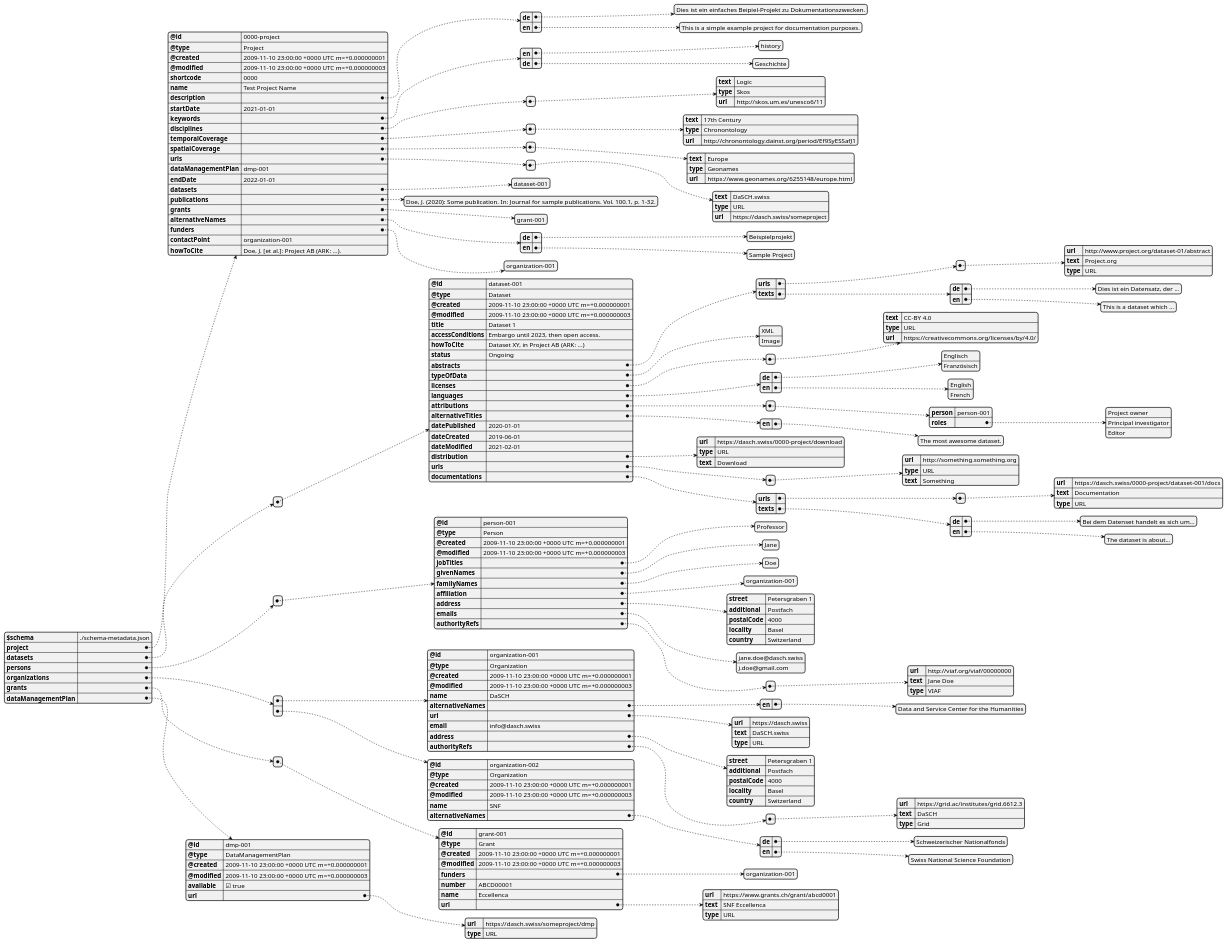
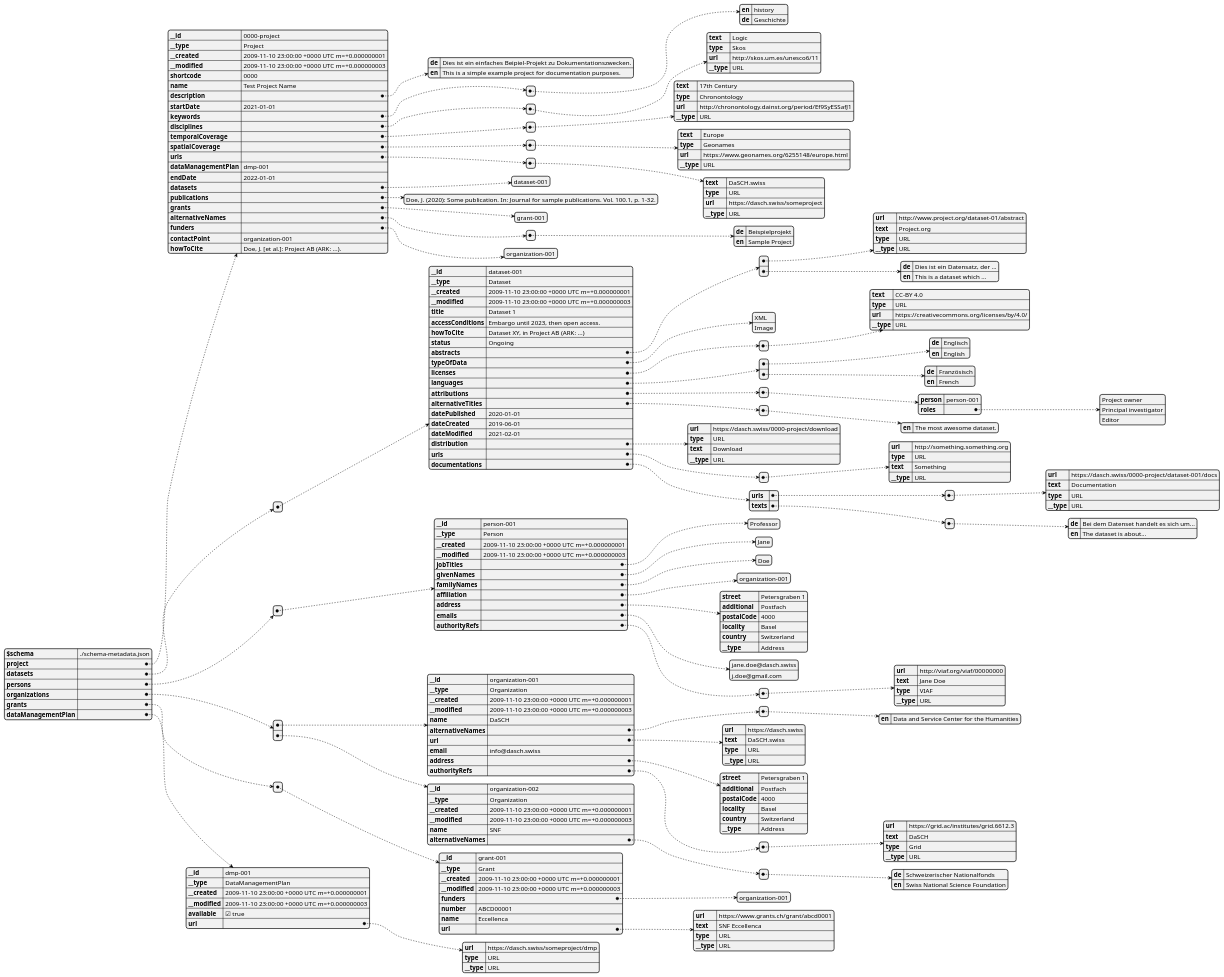
One commit to dasch-swiss/dsp-meta-svc changed the diagram in docs/services/metadata/api-example.puml. Above: the diagram before and after it, drawn with PlantUML. The commit also changed 4 other files, not shown here.

Commit message:
docs: update json schema and example file

```diff
--- a/docs/services/metadata/api-example.puml
+++ b/docs/services/metadata/api-example.puml
@@ -3,51 +3,53 @@
 {
   "$schema": "./schema-metadata.json",
   "project": {
-    "@id": "0000-project",
-    "@type": "Project",
-    "@created": "2009-11-10 23:00:00 +0000 UTC m=+0.000000001",
-    "@modified": "2009-11-10 23:00:00 +0000 UTC m=+0.000000003",
+    "__id": "0000-project",
+    "__type": "Project",
+    "__created": "2009-11-10 23:00:00 +0000 UTC m=+0.000000001",
+    "__modified": "2009-11-10 23:00:00 +0000 UTC m=+0.000000003",
     "shortcode": "0000",
     "name": "Test Project Name",
     "description": {
-      "de": ["Dies ist ein einfaches Beipiel-Projekt zu Dokumentationszwecken."],
-      "en": ["This is a simple example project for documentation purposes."]
+      "de": "Dies ist ein einfaches Beipiel-Projekt zu Dokumentationszwecken.",
+      "en": "This is a simple example project for documentation purposes."
     },
     "startDate": "2021-01-01",
-    "keywords": {
-      "en": [
-        "history"
-      ],
-      "de": [
-        "Geschichte"
-      ]
-    },
+    "keywords": [
+      {
+        "en": "history",
+        "de": "Geschichte"
+      }
+    ],
     "disciplines": [
       {
         "text": "Logic",
         "type": "Skos",
-        "url": "http://skos.um.es/unesco6/11"
+        "url": "http://skos.um.es/unesco6/11",
+        "__type": "URL"
       }
     ],
     "temporalCoverage": [
       {
         "text": "17th Century",
         "type": "Chronontology",
-        "url": "http://chronontology.dainst.org/period/Ef9SyESSafJ1"
+        "url": "http://chronontology.dainst.org/period/Ef9SyESSafJ1",
+        "__type": "URL"
       }
     ],
     "spatialCoverage": [
       {
         "text": "Europe",
         "type": "Geonames",
-        "url": "https://www.geonames.org/6255148/europe.html"
+        "url": "https://www.geonames.org/6255148/europe.html",
+        "__type": "URL"
       }
     ],
     "urls": [
       {
         "text": "DaSCH.swiss",
         "type": "URL",
-        "url": "https://dasch.swiss/someproject"
+        "url": "https://dasch.swiss/someproject",
+        "__type": "URL"
       }
     ],
     "dataManagementPlan": "dmp-001",
@@ -61,14 +63,12 @@
     "grants": [
       "grant-001"
     ],
-    "alternativeNames": {
-      "de": [
-        "Beispielprojekt"
-      ],
-      "en": [
-        "Sample Project"
-      ]
-    },
+    "alternativeNames": [
+      {
+        "de": "Beispielprojekt",
+        "en": "Sample Project"
+      }
+    ],
     "funders": [
       "organization-001"
     ],
@@ -77,31 +77,26 @@
   },
   "datasets": [
     {
-      "@id": "dataset-001",
-      "@type": "Dataset",
-      "@created": "2009-11-10 23:00:00 +0000 UTC m=+0.000000001",
-      "@modified": "2009-11-10 23:00:00 +0000 UTC m=+0.000000003",
+      "__id": "dataset-001",
+      "__type": "Dataset",
+      "__created": "2009-11-10 23:00:00 +0000 UTC m=+0.000000001",
+      "__modified": "2009-11-10 23:00:00 +0000 UTC m=+0.000000003",
       "title": "Dataset 1",
       "accessConditions": "Embargo until 2023, then open access.",
       "howToCite": "Dataset XY, in Project AB (ARK: ...)",
       "status": "Ongoing",
-      "abstracts": {
-        "urls": [
-          {
-            "url": "http://www.project.org/dataset-01/abstract",
-            "text": "Project.org",
-            "type": "URL"
-          }
-        ],
-        "texts": {
-          "de": [
-            "Dies ist ein Datensatz, der ..."
-          ],
-          "en": [
-            "This is a dataset which ..."
-          ]
+      "abstracts": [
+        {
+          "url": "http://www.project.org/dataset-01/abstract",
+          "text": "Project.org",
+          "type": "URL",
+          "__type": "URL"
+        },
+        {
+          "de": "Dies ist ein Datensatz, der ...",
+          "en": "This is a dataset which ..."
         }
-      },
+      ],
       "typeOfData": [
         "XML",
         "Image"
@@ -110,19 +105,20 @@
         {
           "text": "CC-BY 4.0",
           "type": "URL",
-          "url": "https://creativecommons.org/licenses/by/4.0/"
+          "url": "https://creativecommons.org/licenses/by/4.0/",
+          "__type": "URL"
         }
       ],
-      "languages": {
-        "de": [
-          "Englisch",
-          "Französisch"
-        ],
-        "en": [
-          "English",
-          "French"
-        ]
-      },
+      "languages": [
+        {
+          "de": "Englisch",
+          "en": "English"
+        },
+        {
+          "de": "Französisch",
+          "en": "French"
+        }
+      ],
       "attributions": [
         {
           "person": "person-001",
@@ -133,24 +129,26 @@
           ]
         }
       ],
-      "alternativeTitles": {
-        "en": [
-          "The most awesome dataset."
-        ]
-      },
+      "alternativeTitles": [
+        {
+          "en": "The most awesome dataset."
+        }
+      ],
       "datePublished": "2020-01-01",
       "dateCreated": "2019-06-01",
       "dateModified": "2021-02-01",
       "distribution": {
         "url": "https://dasch.swiss/0000-project/download",
         "type": "URL",
-        "text": "Download"
+        "text": "Download",
+        "__type": "URL"
       },
       "urls": [
         {
           "url": "http://something.something.org",
           "type": "URL",
-          "text": "Something"
+          "text": "Something",
+          "__type": "URL"
         }
       ],
       "documentations": {
@@ -158,26 +156,25 @@
           {
             "url": "https://dasch.swiss/0000-project/dataset-001/docs",
             "text": "Documentation",
-            "type": "URL"
+            "type": "URL",
+            "__type": "URL"
           }
         ],
-        "texts": {
-          "de": [
-            "Bei dem Datenset handelt es sich um..."
-          ],
-          "en": [
-            "The dataset is about..."
-          ]
-        }
+        "texts": [
+          {
+            "de": "Bei dem Datenset handelt es sich um...",
+            "en": "The dataset is about..."
+          }
+        ]
       }
     }
   ],
   "persons": [
     {
-      "@id": "person-001",
-      "@type": "Person",
-      "@created": "2009-11-10 23:00:00 +0000 UTC m=+0.000000001",
-      "@modified": "2009-11-10 23:00:00 +0000 UTC m=+0.000000003",
+      "__id": "person-001",
+      "__type": "Person",
+      "__created": "2009-11-10 23:00:00 +0000 UTC m=+0.000000001",
+      "__modified": "2009-11-10 23:00:00 +0000 UTC m=+0.000000003",
       "jobTitles": [
         "Professor"
       ],
@@ -195,7 +192,8 @@
         "additional": "Postfach",
         "postalCode": "4000",
         "locality": "Basel",
-        "country": "Switzerland"
+        "country": "Switzerland",
+        "__type": "Address"
       },
       "emails": [
         "jane.doe@dasch.swiss",
@@ -205,27 +203,29 @@
         {
           "url": "http://viaf.org/viaf/00000000",
           "text": "Jane Doe",
-          "type": "VIAF"
+          "type": "VIAF",
+          "__type": "URL"
         }
       ]
     }
   ],
   "organizations": [
     {
-      "@id": "organization-001",
-      "@type": "Organization",
-      "@created": "2009-11-10 23:00:00 +0000 UTC m=+0.000000001",
-      "@modified": "2009-11-10 23:00:00 +0000 UTC m=+0.000000003",
+      "__id": "organization-001",
+      "__type": "Organization",
+      "__created": "2009-11-10 23:00:00 +0000 UTC m=+0.000000001",
+      "__modified": "2009-11-10 23:00:00 +0000 UTC m=+0.000000003",
       "name": "DaSCH",
-      "alternativeNames": {
-        "en": [
-          "Data and Service Center for the Humanities"
-        ]
-      },
+      "alternativeNames": [
+        {
+          "en": "Data and Service Center for the Humanities"
+        }
+      ],
       "url": {
         "url": "https://dasch.swiss",
         "text": "DaSCH.swiss",
-        "type": "URL"
+        "type": "URL",
+        "__type": "URL"
       },
       "email": "info@dasch.swiss",
       "address": {
@@ -233,38 +233,38 @@
         "additional": "Postfach",
         "postalCode": "4000",
         "locality": "Basel",
-        "country": "Switzerland"
+        "country": "Switzerland",
+        "__type": "Address"
       },
       "authorityRefs": [
         {
           "url": "https://grid.ac/institutes/grid.6612.3",
           "text": "DaSCH",
-          "type": "Grid"
+          "type": "Grid",
+          "__type": "URL"
         }
       ]
     },
     {
-      "@id": "organization-002",
-      "@type": "Organization",
-      "@created": "2009-11-10 23:00:00 +0000 UTC m=+0.000000001",
-      "@modified": "2009-11-10 23:00:00 +0000 UTC m=+0.000000003",
+      "__id": "organization-002",
+      "__type": "Organization",
+      "__created": "2009-11-10 23:00:00 +0000 UTC m=+0.000000001",
+      "__modified": "2009-11-10 23:00:00 +0000 UTC m=+0.000000003",
       "name": "SNF",
-      "alternativeNames": {
-        "de": [
-          "Schweizerischer Nationalfonds"
-        ],
-        "en": [
-          "Swiss National Science Foundation"
-        ]
-      }
+      "alternativeNames": [
+        {
+          "de": "Schweizerischer Nationalfonds",
+          "en": "Swiss National Science Foundation"
+        }
+      ]
     }
   ],
   "grants": [
     {
-      "@id": "grant-001",
-      "@type": "Grant",
-      "@created": "2009-11-10 23:00:00 +0000 UTC m=+0.000000001",
-      "@modified": "2009-11-10 23:00:00 +0000 UTC m=+0.000000003",
+      "__id": "grant-001",
+      "__type": "Grant",
+      "__created": "2009-11-10 23:00:00 +0000 UTC m=+0.000000001",
+      "__modified": "2009-11-10 23:00:00 +0000 UTC m=+0.000000003",
       "funders": [
         "organization-001"
       ],
@@ -273,22 +273,25 @@
       "url": {
         "url": "https://www.grants.ch/grant/abcd0001",
         "text": "SNF Eccellenca",
-        "type": "URL"
+        "type": "URL",
+        "__type": "URL"
       }
     }
   ],
   "dataManagementPlan": {
-    "@id": "dmp-001",
-    "@type": "DataManagementPlan",
-    "@created": "2009-11-10 23:00:00 +0000 UTC m=+0.000000001",
-    "@modified": "2009-11-10 23:00:00 +0000 UTC m=+0.000000003",
+    "__id": "dmp-001",
+    "__type": "DataManagementPlan",
+    "__created": "2009-11-10 23:00:00 +0000 UTC m=+0.000000001",
+    "__modified": "2009-11-10 23:00:00 +0000 UTC m=+0.000000003",
     "available": true,
     "url": {
       "url": "https://dasch.swiss/someproject/dmp",
-      "type": "URL"
+      "type": "URL",
+      "__type": "URL"
     }
   }
 }
 
 
+
 @endjson
```
